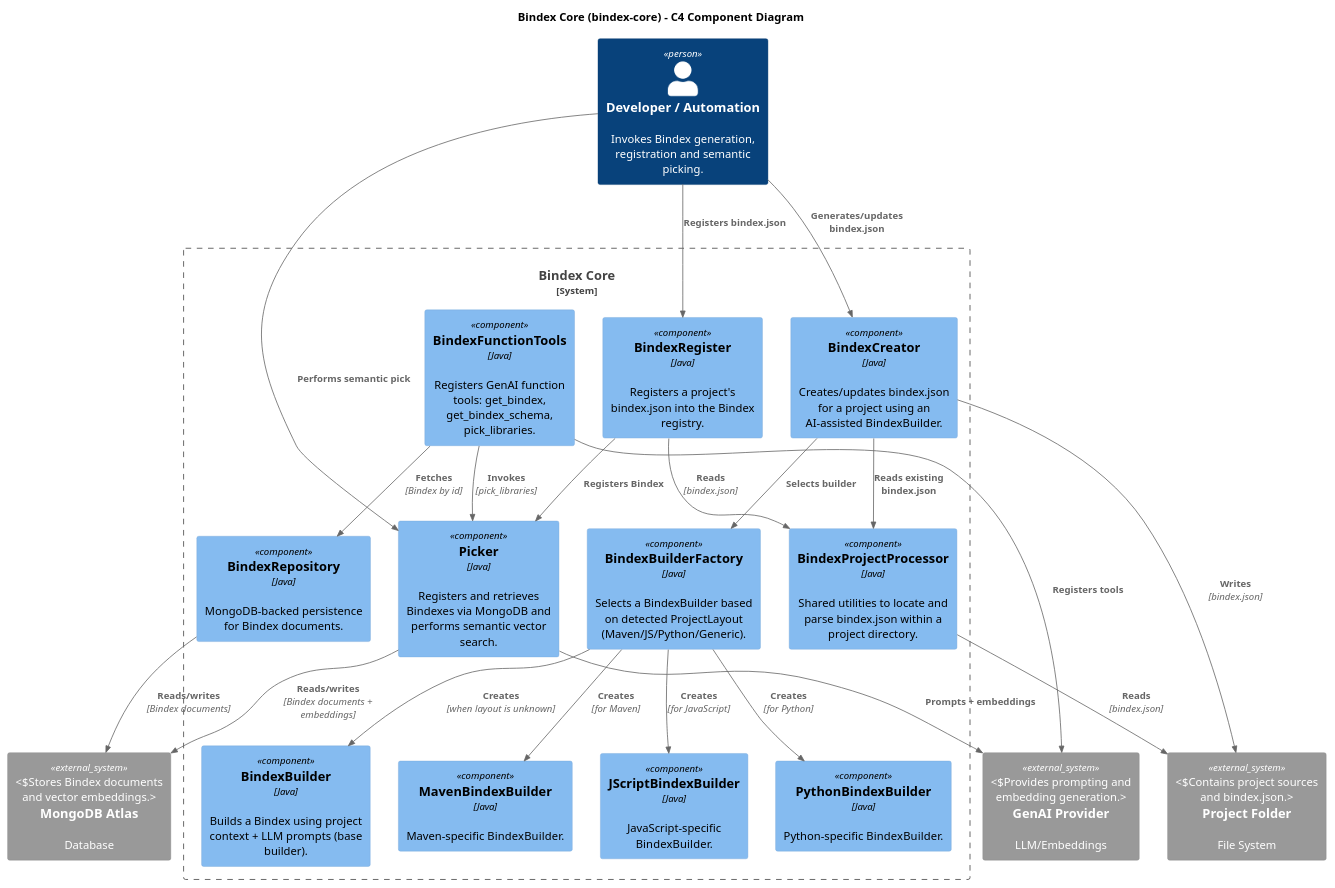
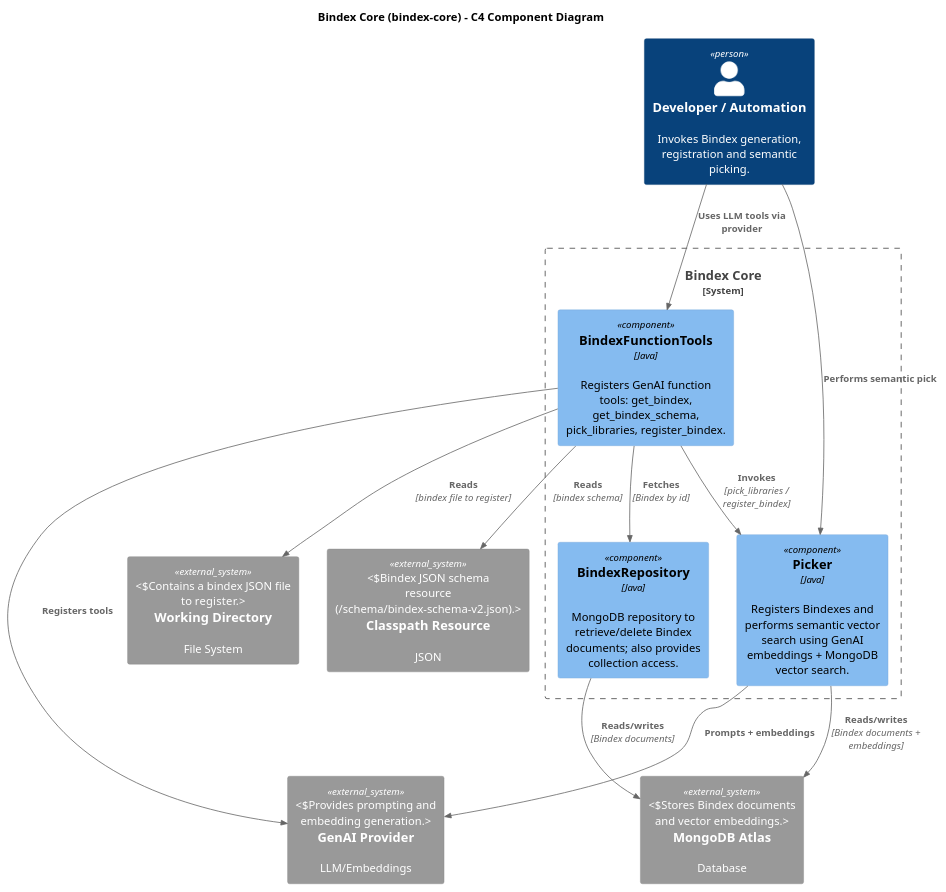
One commit to machanism-org/machai changed the diagram in bindex-core/src/site/puml/c4-diagram.puml. Above: the diagram before and after it, drawn with PlantUML. The commit also changed 1 other file, not shown here.

Commit message:
updated docs and c4 diagram.

```diff
--- a/bindex-core/src/site/puml/c4-diagram.puml
+++ b/bindex-core/src/site/puml/c4-diagram.puml
@@ -11,56 +11,33 @@
 @startuml
 !include https://raw.githubusercontent.com/plantuml-stdlib/C4-PlantUML/master/C4_Component.puml
 
 title Bindex Core (bindex-core) - C4 Component Diagram
 
 Person(user, "Developer / Automation", "Invokes Bindex generation, registration and semantic picking.")
 
 System_Boundary(bc, "Bindex Core") {
-  Component(bindexCreator, "BindexCreator", "Java", "Creates/updates bindex.json for a project using an AI-assisted BindexBuilder.")
-  Component(bindexRegister, "BindexRegister", "Java", "Registers a project's bindex.json into the Bindex registry.")
-  Component(bindexProjectProcessor, "BindexProjectProcessor", "Java", "Shared utilities to locate and parse bindex.json within a project directory.")
-
-  Component(bindexBuilderFactory, "BindexBuilderFactory", "Java", "Selects a BindexBuilder based on detected ProjectLayout (Maven/JS/Python/Generic).")
-
-  Component(bindexBuilder, "BindexBuilder", "Java", "Builds a Bindex using project context + LLM prompts (base builder).")
-  Component(mavenBuilder, "MavenBindexBuilder", "Java", "Maven-specific BindexBuilder.")
-  Component(jsBuilder, "JScriptBindexBuilder", "Java", "JavaScript-specific BindexBuilder.")
-  Component(pyBuilder, "PythonBindexBuilder", "Java", "Python-specific BindexBuilder.")
-
-  Component(picker, "Picker", "Java", "Registers and retrieves Bindexes via MongoDB and performs semantic vector search.")
-  Component(bindexRepository, "BindexRepository", "Java", "MongoDB-backed persistence for Bindex documents.")
-
-  Component(functionTools, "BindexFunctionTools", "Java", "Registers GenAI function tools: get_bindex, get_bindex_schema, pick_libraries.")
+  Component(picker, "Picker", "Java", "Registers Bindexes and performs semantic vector search using GenAI embeddings + MongoDB vector search.")
+  Component(bindexRepository, "BindexRepository", "Java", "MongoDB repository to retrieve/delete Bindex documents; also provides collection access.")
+  Component(functionTools, "BindexFunctionTools", "Java", "Registers GenAI function tools: get_bindex, get_bindex_schema, pick_libraries, register_bindex.")
 }
 
 System_Ext(genai, "GenAI Provider", "LLM/Embeddings", "Provides prompting and embedding generation.")
 System_Ext(mongo, "MongoDB Atlas", "Database", "Stores Bindex documents and vector embeddings.")
-System_Ext(projectFs, "Project Folder", "File System", "Contains project sources and bindex.json.")
+System_Ext(projectFs, "Working Directory", "File System", "Contains a bindex JSON file to register.")
+System_Ext(schemaRes, "Classpath Resource", "JSON", "Bindex JSON schema resource (/schema/bindex-schema-v2.json).")
 
-Rel(user, bindexCreator, "Generates/updates bindex.json")
-Rel(user, bindexRegister, "Registers bindex.json")
 Rel(user, picker, "Performs semantic pick")
-
-Rel(bindexCreator, bindexBuilderFactory, "Selects builder")
-Rel(bindexBuilderFactory, bindexBuilder, "Creates", "when layout is unknown")
-Rel(bindexBuilderFactory, mavenBuilder, "Creates", "for Maven")
-Rel(bindexBuilderFactory, jsBuilder, "Creates", "for JavaScript")
-Rel(bindexBuilderFactory, pyBuilder, "Creates", "for Python")
-
-Rel(bindexCreator, bindexProjectProcessor, "Reads existing bindex.json")
-Rel(bindexCreator, projectFs, "Writes", "bindex.json")
-Rel(bindexProjectProcessor, projectFs, "Reads", "bindex.json")
-
-Rel(bindexRegister, bindexProjectProcessor, "Reads", "bindex.json")
-Rel(bindexRegister, picker, "Registers Bindex")
+Rel(user, functionTools, "Uses LLM tools via provider")
 
 Rel(picker, genai, "Prompts + embeddings")
 Rel(picker, mongo, "Reads/writes", "Bindex documents + embeddings")
 
 Rel(bindexRepository, mongo, "Reads/writes", "Bindex documents")
 
 Rel(functionTools, genai, "Registers tools")
 Rel(functionTools, bindexRepository, "Fetches", "Bindex by id")
-Rel(functionTools, picker, "Invokes", "pick_libraries")
+Rel(functionTools, schemaRes, "Reads", "bindex schema")
+Rel(functionTools, picker, "Invokes", "pick_libraries / register_bindex")
+Rel(functionTools, projectFs, "Reads", "bindex file to register")
 
 @enduml
```
